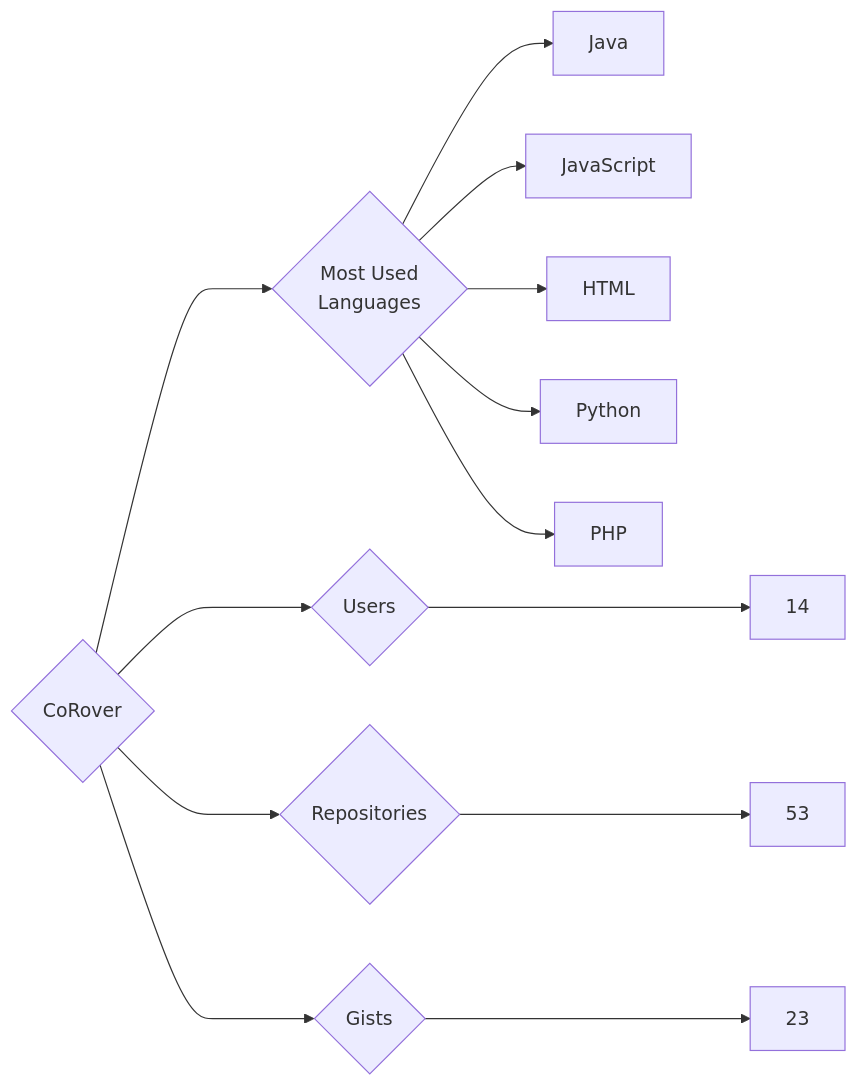
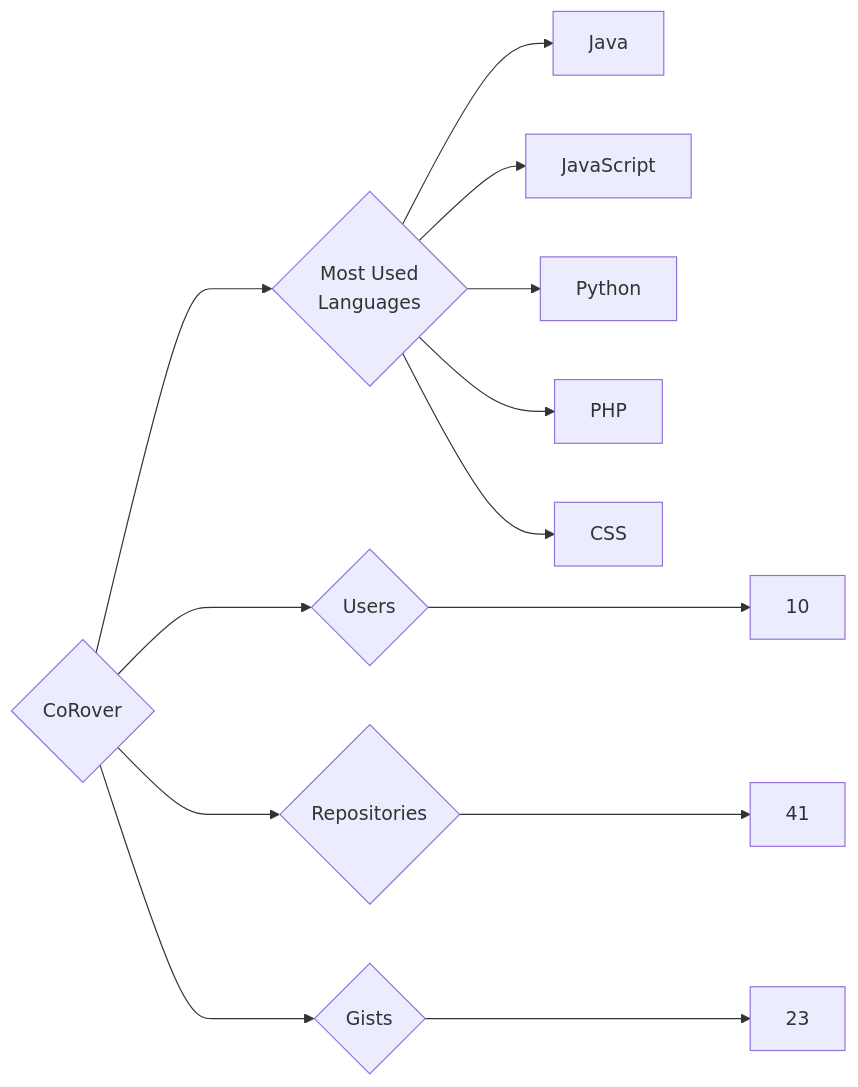
Before and after one commit to trickest/insiders: the diagram in targets/CoRover/README.md, drawn with Mermaid. The commit also changed 1055 other files, not shown here.

````diff
--- a/targets/CoRover/README.md
+++ b/targets/CoRover/README.md
@@ -3,13 +3,13 @@
 ```mermaid
 graph LR
 COMPANY_NAME{CoRover}
-COMPANY_NAME ---> U{Users} ---> UN[14]
-COMPANY_NAME ---> R{Repositories} ---> RN[53]
+COMPANY_NAME ---> U{Users} ---> UN[10]
+COMPANY_NAME ---> R{Repositories} ---> RN[41]
 COMPANY_NAME ---> G{Gists} ---> GN[23]
 COMPANY_NAME ---> ML{Most Used<br>Languages}
 ML --> Java[Java]
 ML --> JavaScript[JavaScript]
-ML --> HTML[HTML]
 ML --> Python[Python]
 ML --> PHP[PHP]
+ML --> CSS[CSS]
 ```
````
